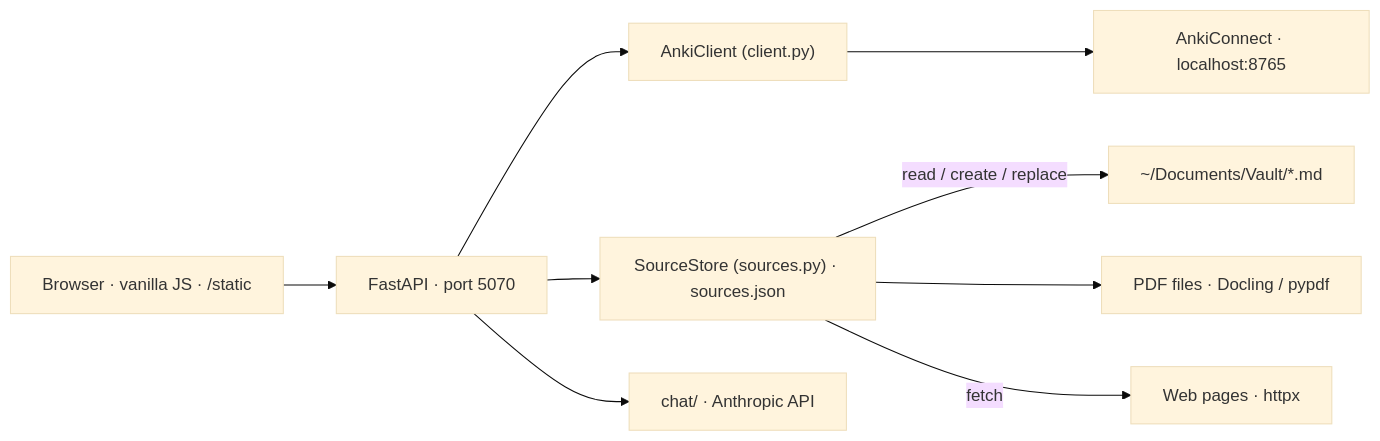
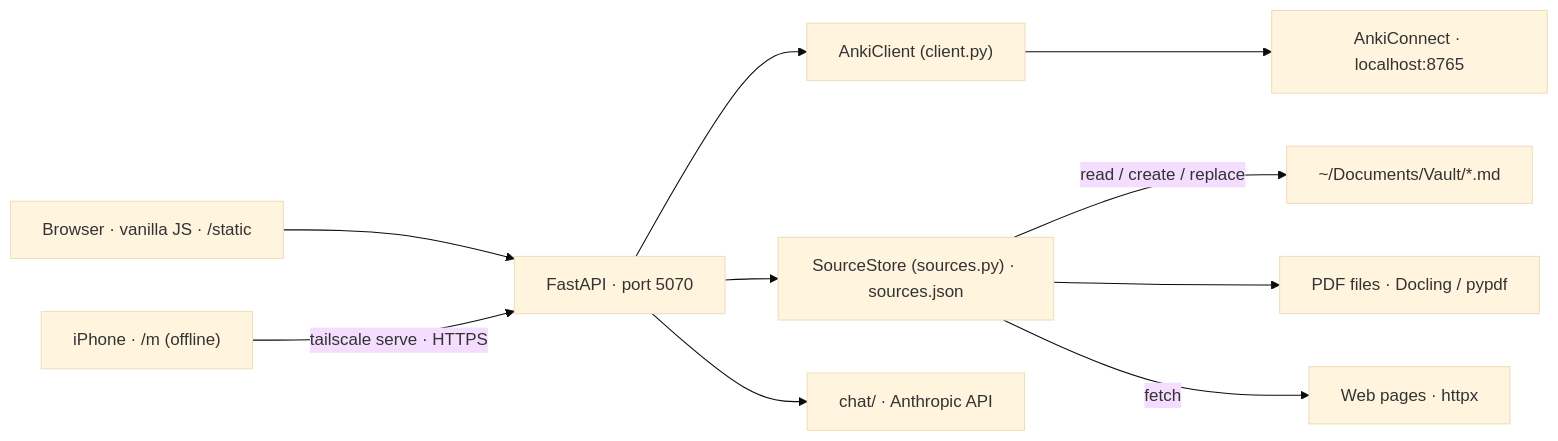
Before and after one commit to Vaillus/anki_assistant: the diagram in specs/00-overview.md, drawn with Mermaid (base theme). The commit also changed other lines of this file and 3 other files, not shown here.

````diff
--- a/specs/00-overview.md
+++ b/specs/00-overview.md
@@ -25,10 +26,11 @@
 ```mermaid
 graph LR
     UI["Browser · vanilla JS · /static"] --> API["FastAPI · port 5070"]
     API --> Client["AnkiClient (client.py)"] --> AC["AnkiConnect · localhost:8765"]
     API --> Sources["SourceStore (sources.py) · sources.json"]
     Sources -- read / create / replace --> Vault["~/Documents/Vault/*.md"]
     Sources --> PDF["PDF files · Docling / pypdf"]
     Sources -- fetch --> Web["Web pages · httpx"]
     API --> Chat["chat/ · Anthropic API"]
+    Phone["iPhone · /m (offline)"] -- tailscale serve · HTTPS --> API
 ```
````
